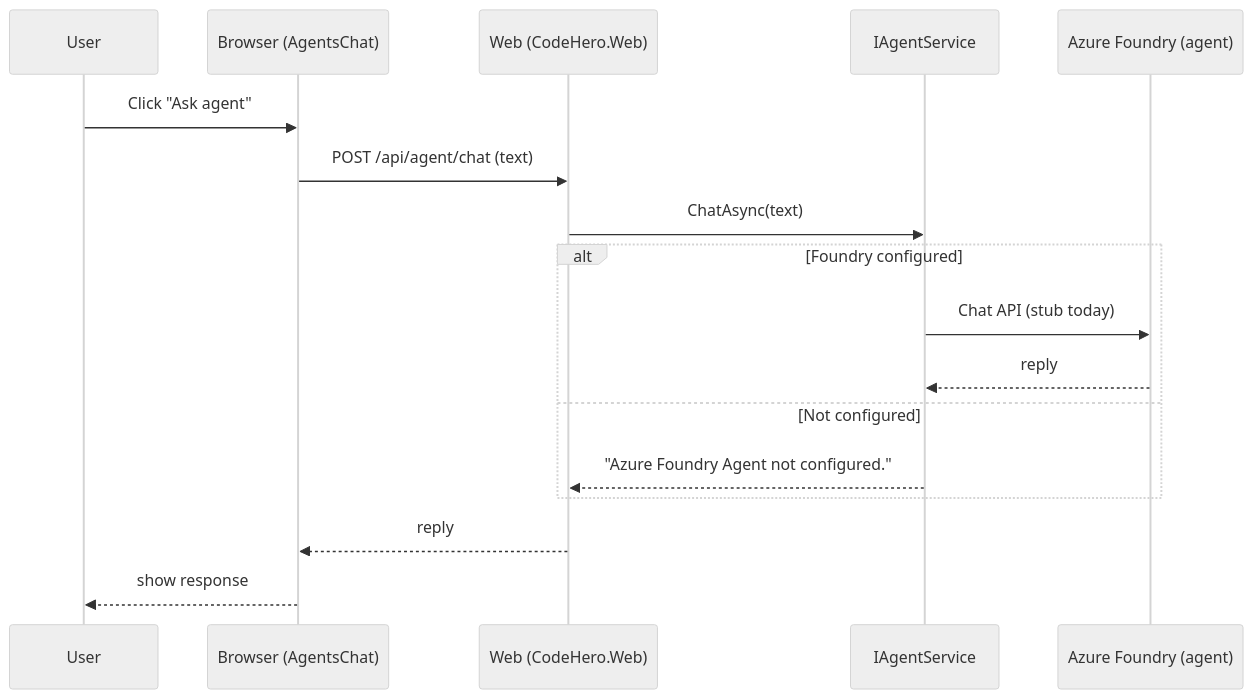
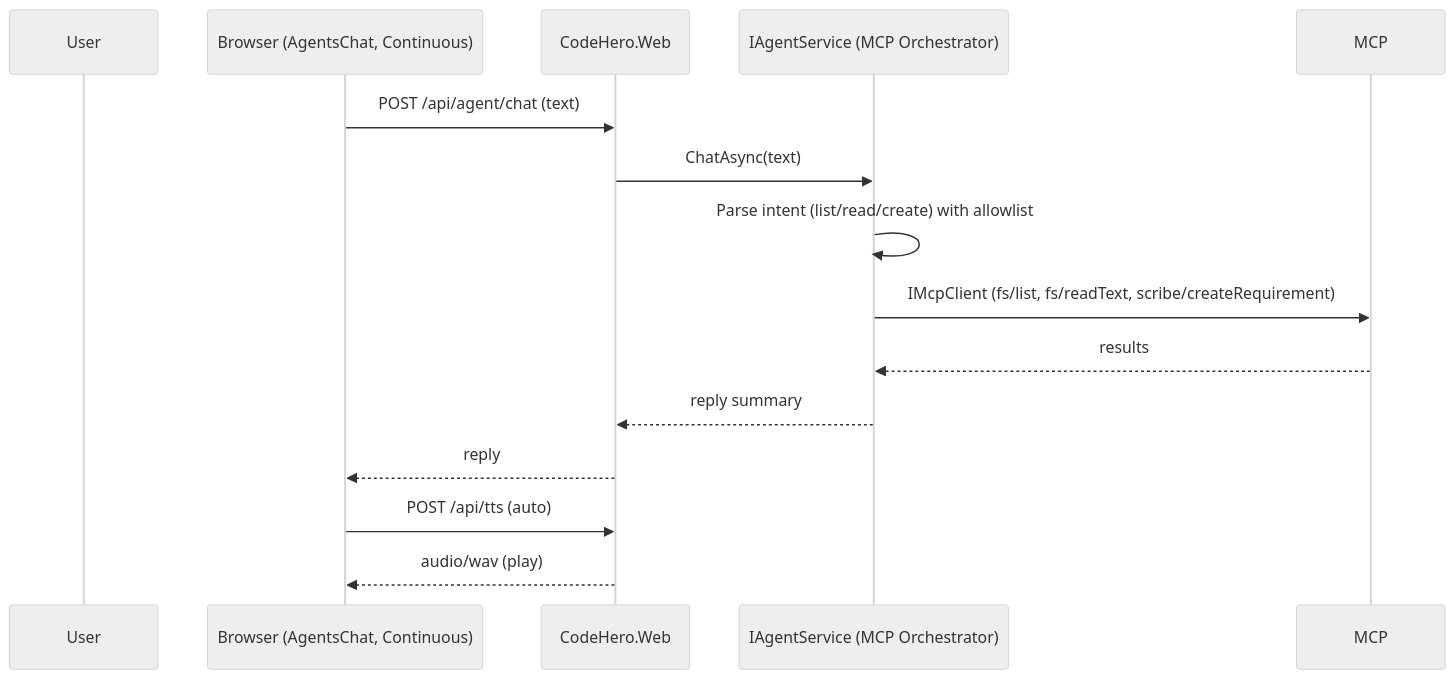
One commit to GrantMill/CodeHero changed the diagram in docs/architecture/sequence-agent.mmd. Above: the diagram before and after it, drawn with Mermaid (neutral theme). The commit also changed 6 other files, not shown here.

```diff
--- a/docs/architecture/sequence-agent.mmd
+++ b/docs/architecture/sequence-agent.mmd
@@ -1,18 +1,15 @@
 sequenceDiagram
   participant User
-  participant Browser as Browser (AgentsChat)
-  participant Web as Web (CodeHero.Web)
-  participant Agent as IAgentService
-  participant Foundry as Azure Foundry (agent)
+  participant Browser as Browser (AgentsChat, Continuous)
+  participant Web as CodeHero.Web
+  participant Agent as IAgentService (MCP Orchestrator)
 
-  User->>Browser: Click "Ask agent"
   Browser->>Web: POST /api/agent/chat (text)
   Web->>Agent: ChatAsync(text)
-  alt Foundry configured
-    Agent->>Foundry: Chat API (stub today)
-    Foundry-->>Agent: reply
-  else Not configured
-    Agent-->>Web: "Azure Foundry Agent not configured."
-  end
+  Agent->>Agent: Parse intent (list/read/create) with allowlist
+  Agent->>MCP: IMcpClient (fs/list, fs/readText, scribe/createRequirement)
+  MCP-->>Agent: results
+  Agent-->>Web: reply summary
   Web-->>Browser: reply
-  Browser-->>User: show response
+  Browser->>Web: POST /api/tts (auto)
+  Web-->>Browser: audio/wav (play)
```
